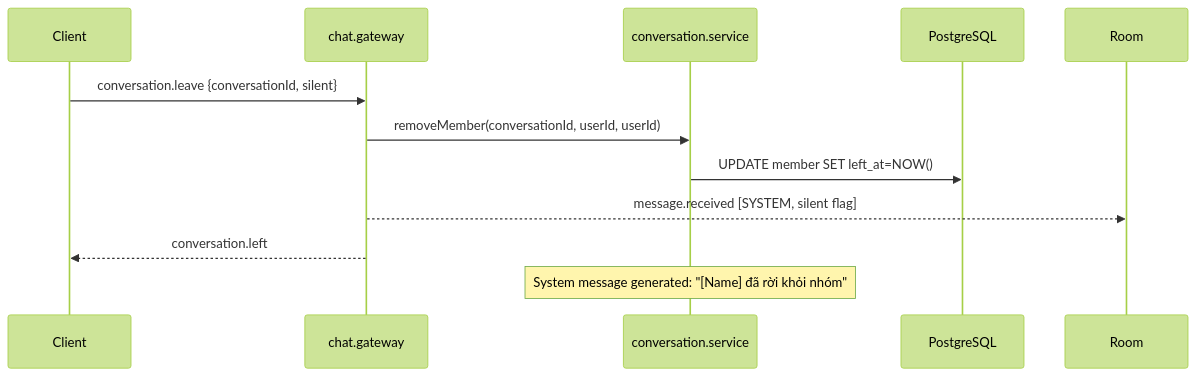
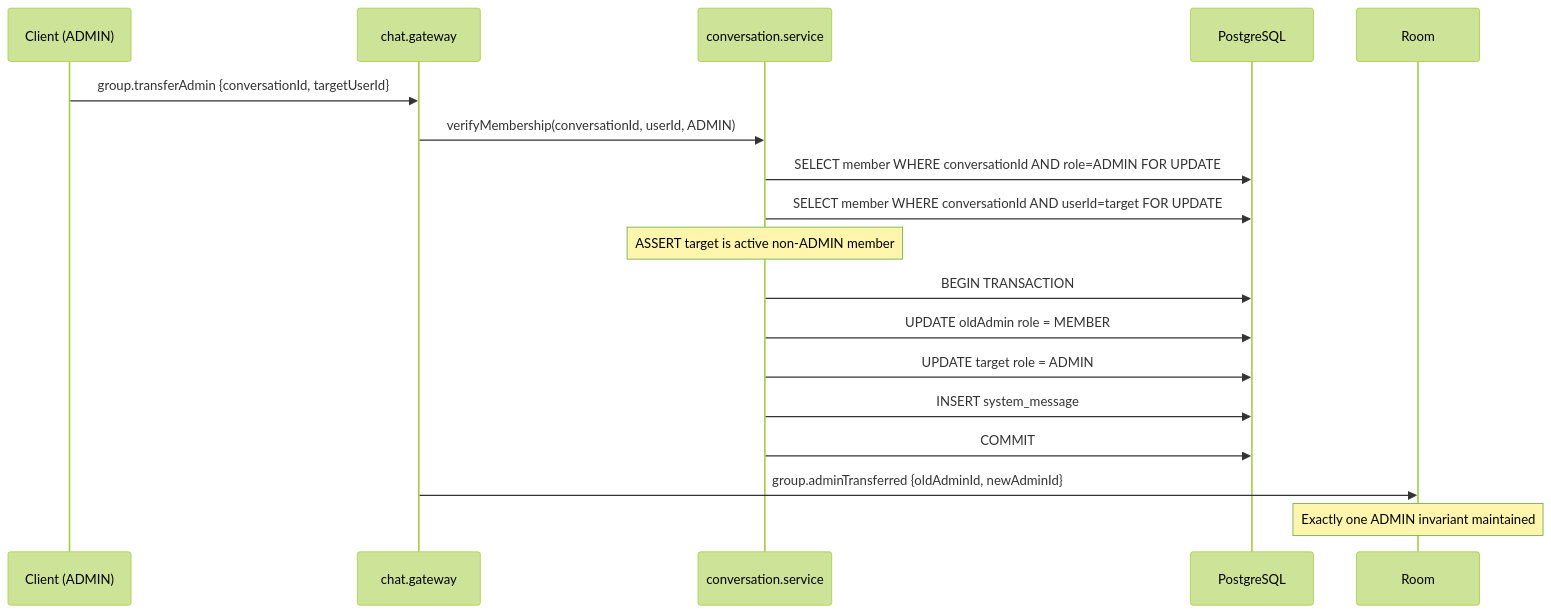
Before and after one commit to CNM-DHKTPM18A-2526/CNM-VNALO: the first of 2 diagrams in docs/sdd/layer-2/MODULE_SPEC_CHAT.md, drawn with Mermaid (forest theme). The commit also changed other lines of this file and 7 other files, not shown here.

````diff
--- a/docs/sdd/layer-2/MODULE_SPEC_CHAT.md
+++ b/docs/sdd/layer-2/MODULE_SPEC_CHAT.md
@@ -121,14 +451,20 @@
 ```mermaid
 sequenceDiagram
-  participant C as Client
+  participant C as Client (ADMIN)
   participant GW as chat.gateway
   participant CS as conversation.service
   participant DB as PostgreSQL
 
-  C->>GW: conversation.leave {conversationId, silent}
-  GW->>CS: removeMember(conversationId, userId, userId)
-  CS->>DB: UPDATE member SET left_at=NOW()
-  GW-->>Room: message.received [SYSTEM, silent flag]
-  GW-->>C: conversation.left
-  Note over CS: System message generated: "[Name] đã rời khỏi nhóm"
+  C->>GW: group.transferAdmin {conversationId, targetUserId}
+  GW->>CS: verifyMembership(conversationId, userId, ADMIN)
+  CS->>DB: SELECT member WHERE conversationId AND role=ADMIN FOR UPDATE
+  CS->>DB: SELECT member WHERE conversationId AND userId=target FOR UPDATE
+  Note over CS: ASSERT target is active non-ADMIN member
+  CS->>DB: BEGIN TRANSACTION
+  CS->>DB: UPDATE oldAdmin role = MEMBER
+  CS->>DB: UPDATE target role = ADMIN
+  CS->>DB: INSERT system_message
+  CS->>DB: COMMIT
+  GW->>Room: group.adminTransferred {oldAdminId, newAdminId}
+  Note over Room: Exactly one ADMIN invariant maintained
 ```
````
